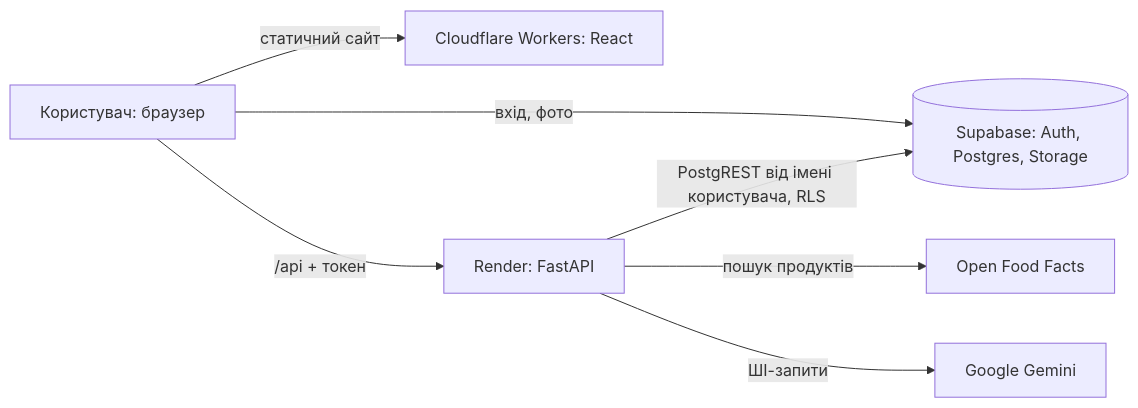
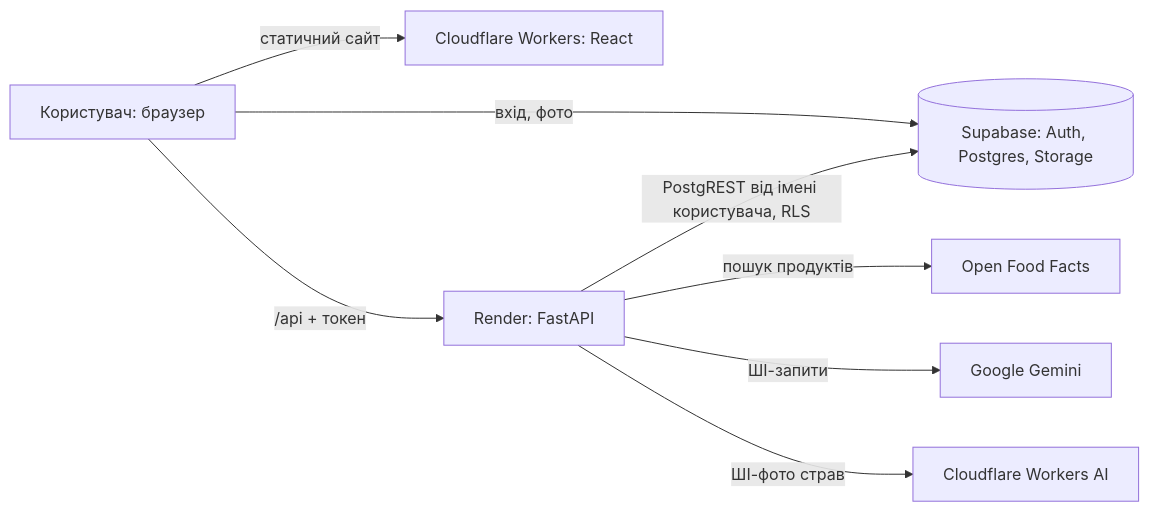
The diagram in README.md (Zavada-Sofiia/Mealoria), drawn with Mermaid before and after one commit. The commit also changed other lines of this file and 14 other files, not shown here.

Commit message:
Premium: generate dish photos with Cloudflare Workers AI, with preview and a daily limit

````diff
--- a/README.md
+++ b/README.md
@@ -54,9 +54,10 @@
 ```mermaid
 flowchart LR
   U[Користувач: браузер] -->|статичний сайт| CF[Cloudflare Workers: React]
   U -->|вхід, фото| SB[(Supabase: Auth, Postgres, Storage)]
   U -->|/api + токен| API[Render: FastAPI]
   API -->|PostgREST від імені користувача, RLS| SB
   API -->|пошук продуктів| OFF[Open Food Facts]
   API -->|ШІ-запити| G[Google Gemini]
+  API -->|ШІ-фото страв| W[Cloudflare Workers AI]
 ```
````
